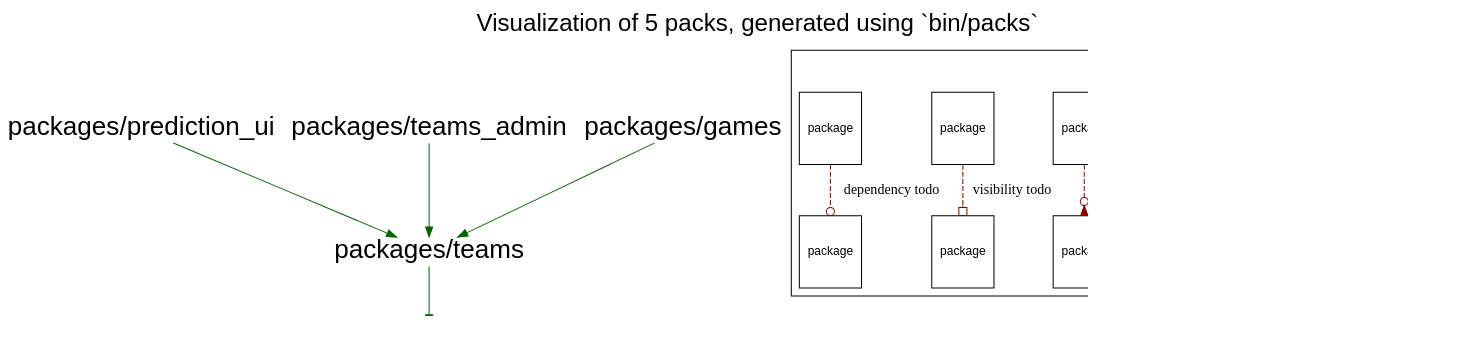
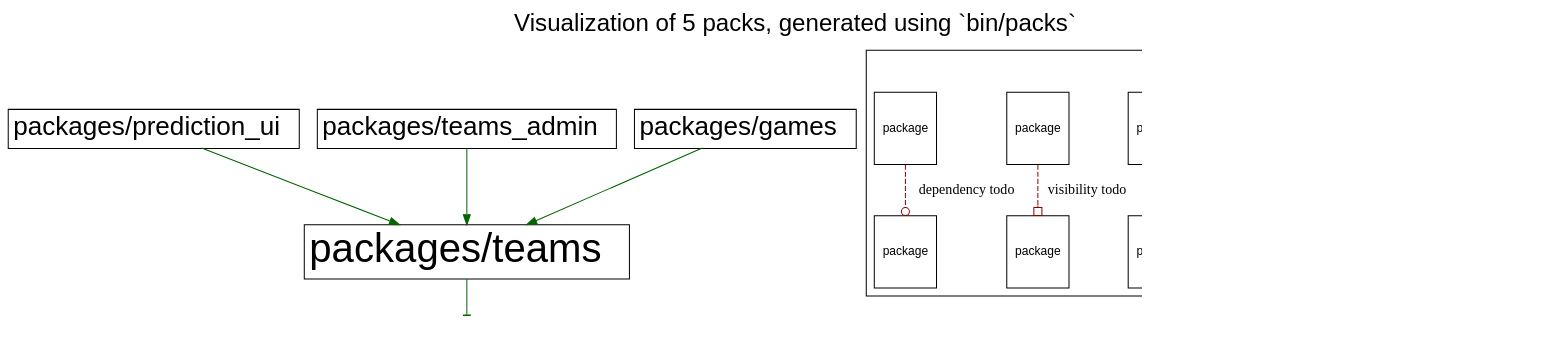
Before and after one commit to shageman/package-based-rails-applications-book: the diagram in c2s06/sportsball/packages/teams/packs.dot, drawn with Graphviz. The commit also changed 1037 other files, not shown here.

Commit message:
Improve new packs diagrams when packages are not in layers

```diff
--- a/c2s06/sportsball/packages/teams/packs.dot
+++ b/c2s06/sportsball/packages/teams/packs.dot
@@ -1,58 +1,116 @@
 digraph package_diagram {
   rankdir=TD
 
   graph [
     labelloc="t"
     fontname="Helvetica,Arial,sans-serif"
     dpi=100
     layout=dot
     label="Visualization of 5 packs, generated using `bin/packs`",
     fontsize=24
   ]
   node [
     fontname="Helvetica,Arial,sans-serif"
     fontsize=26.0
     fontcolor=black
     fillcolor=white
     color=black
     height=1.0
     style=filled
     shape=plain
   ]
 
+    subgraph NotInLayer {
+      shape=box
+      color=darkgrey
+      fillcolor=lightblue
+      style=filled
+
+
+        "packages/teams" [
+            fontsize=40.0
+              URL="https://github.com/shageman/package-based-rails-applications-book/tree/main/c4s07/sportsball/packages/teams"
+            label=               <
+                <table border='0' cellborder='1' cellspacing='0' cellpadding='4'>
+                  <tr> <td align='left'> packages/teams </td> </tr>
+                </table>
+              >
+          ]
+
+        "packages/prediction_ui" [
+            fontsize=26.0
+              URL="https://github.com/shageman/package-based-rails-applications-book/tree/main/c4s07/sportsball/packages/prediction_ui"
+            label=               <
+                <table border='0' cellborder='1' cellspacing='0' cellpadding='4'>
+                  <tr> <td align='left'> packages/prediction_ui </td> </tr>
+                </table>
+              >
+          ]
+
+        "packages/teams_admin" [
+            fontsize=26.0
+              URL="https://github.com/shageman/package-based-rails-applications-book/tree/main/c4s07/sportsball/packages/teams_admin"
+            label=               <
+                <table border='0' cellborder='1' cellspacing='0' cellpadding='4'>
+                  <tr> <td align='left'> packages/teams_admin </td> </tr>
+                </table>
+              >
+          ]
+
+        "packages/games" [
+            fontsize=26.0
+              URL="https://github.com/shageman/package-based-rails-applications-book/tree/main/c4s07/sportsball/packages/games"
+            label=               <
+                <table border='0' cellborder='1' cellspacing='0' cellpadding='4'>
+                  <tr> <td align='left'> packages/games </td> </tr>
+                </table>
+              >
+          ]
+
+        "packages/rails_shims" [
+            fontsize=26.0
+              URL="https://github.com/shageman/package-based-rails-applications-book/tree/main/c4s07/sportsball/packages/rails_shims"
+            label=               <
+                <table border='0' cellborder='1' cellspacing='0' cellpadding='4'>
+                  <tr> <td align='left'> packages/rails_shims </td> </tr>
+                </table>
+              >
+          ]
+
+    }
 
           "packages/teams" -> "packages/rails_shims" [
             color=darkgreen
           ]
           "packages/prediction_ui" -> "packages/teams" [
             color=darkgreen
           ]
           "packages/teams_admin" -> "packages/teams" [
             color=darkgreen
           ]
           "packages/games" -> "packages/teams" [
             color=darkgreen
           ]
 
 
   subgraph cluster_legend {
     label="Legend"
 
     A [ fontsize=12 shape=box label="package"]
     B [ fontsize=12 shape=box label="package"]
     C [ fontsize=12 shape=box label="package"]
     D [ fontsize=12 shape=box label="package"]
     E [ fontsize=12 shape=box label="package"]
     F [ fontsize=12 shape=box label="package"]
     G [ fontsize=12 shape=box label="package"]
     H [ fontsize=12 shape=box label="package"]
     I [ fontsize=12 shape=box label="package"]
     J [ fontsize=12 shape=box label="package"]
 
     A -> B [label="accepted dependency" color=darkgreen]
     C -> D [label="privac todo" color=darkred style=dashed arrowhead=crow]
     E -> F [label="architecture todo" color=darkred style=dashed arrowhead=invodot]
     G -> H [label="visibility todo" color=darkred style=dashed arrowhead=obox]
     I -> J [label="dependency todo" color=darkred style=dashed arrowhead=odot]
   }
 }
```
